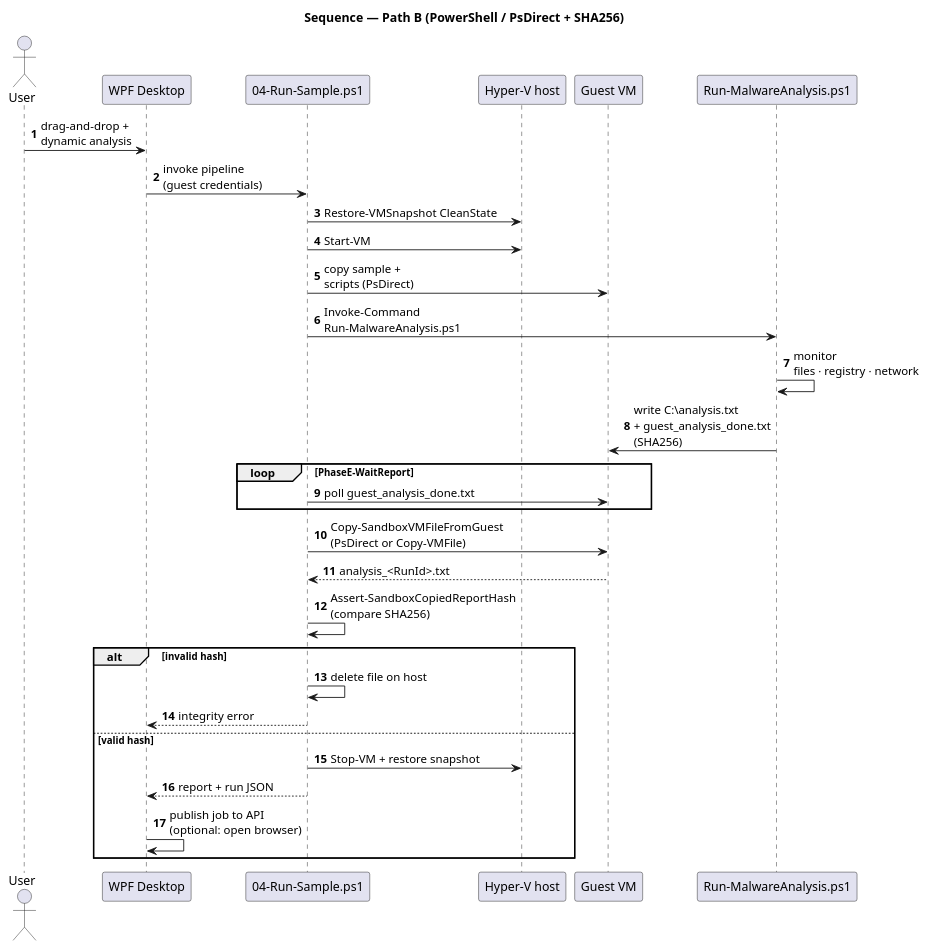
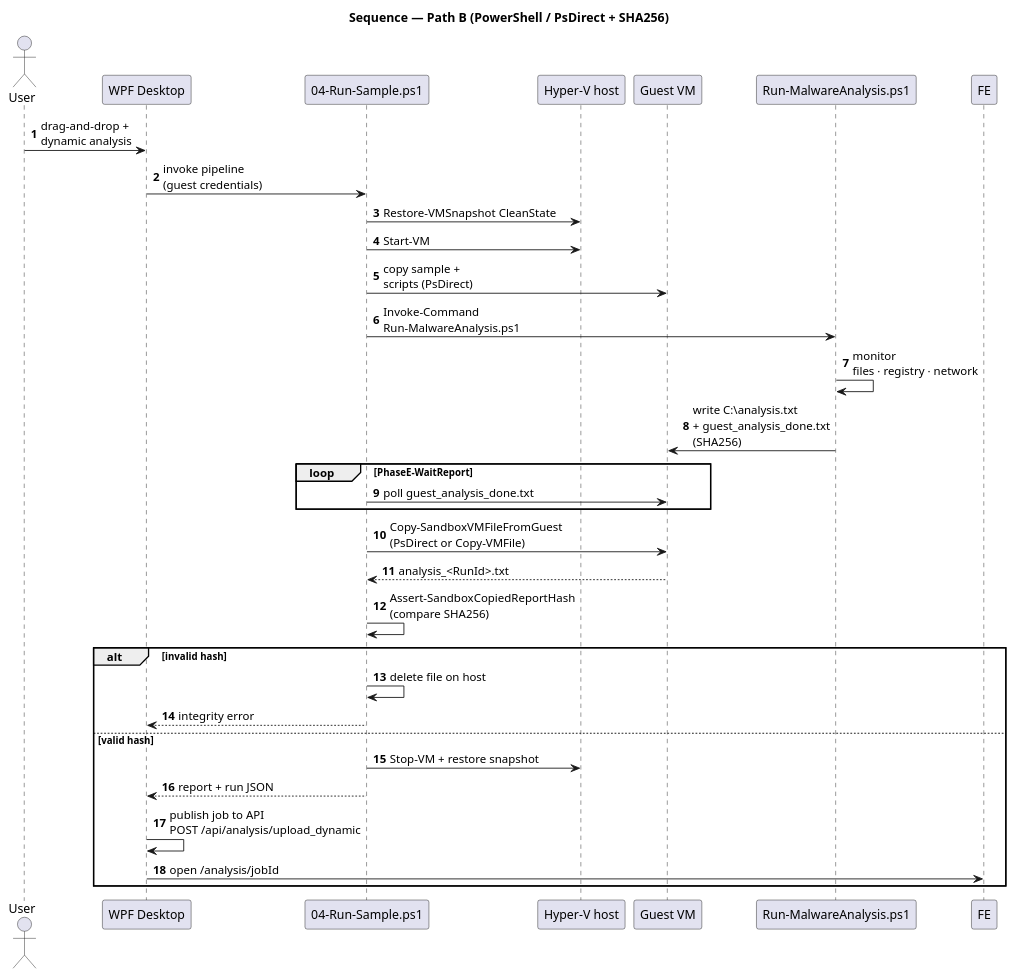
One commit to tlxp/PROJETO changed the diagram in docs/diagrams/sequence-path-b-powershell.puml. Above: the diagram before and after it, drawn with PlantUML. The commit also changed 39 other files, not shown here.

```diff
--- a/docs/diagrams/sequence-path-b-powershell.puml
+++ b/docs/diagrams/sequence-path-b-powershell.puml
@@ -2,42 +2,43 @@
 @startuml
 title Sequence — Path B (PowerShell / PsDirect + SHA256)
 autonumber
 skinparam responseMessageBelowArrow true
 
 actor "User" as U
 participant "WPF Desktop" as WPF
 participant "04-Run-Sample.ps1" as PS
 participant "Hyper-V host" as HV
 participant "Guest VM" as GUEST
 participant "Run-MalwareAnalysis.ps1" as ANALYSIS
 
 U -> WPF : drag-and-drop +\ndynamic analysis
 WPF -> PS : invoke pipeline\n(guest credentials)
 PS -> HV : Restore-VMSnapshot CleanState
 PS -> HV : Start-VM
 PS -> GUEST : copy sample +\nscripts (PsDirect)
 
 PS -> ANALYSIS : Invoke-Command\nRun-MalwareAnalysis.ps1
 ANALYSIS -> ANALYSIS : monitor\nfiles · registry · network
 ' *Completion file with SHA256 hash*
 ANALYSIS -> GUEST : write C:\analysis.txt\n+ guest_analysis_done.txt\n(SHA256)
 
 loop PhaseE-WaitReport
   PS -> GUEST : poll guest_analysis_done.txt
 end
 
 PS -> GUEST : Copy-SandboxVMFileFromGuest\n(PsDirect or Copy-VMFile)
 GUEST --> PS : analysis_<RunId>.txt
 
 ' *Integrity verification before accepting report*
 PS -> PS : Assert-SandboxCopiedReportHash\n(compare SHA256)
 alt invalid hash
   PS -> PS : delete file on host
   PS --> WPF : integrity error
 else valid hash
   PS -> HV : Stop-VM + restore snapshot
   PS --> WPF : report + run JSON
-  WPF -> WPF : publish job to API\n(optional: open browser)
+  WPF -> WPF : publish job to API\nPOST /api/analysis/upload_dynamic
+  WPF -> FE : open /analysis/jobId
 end
 
 @enduml
```
